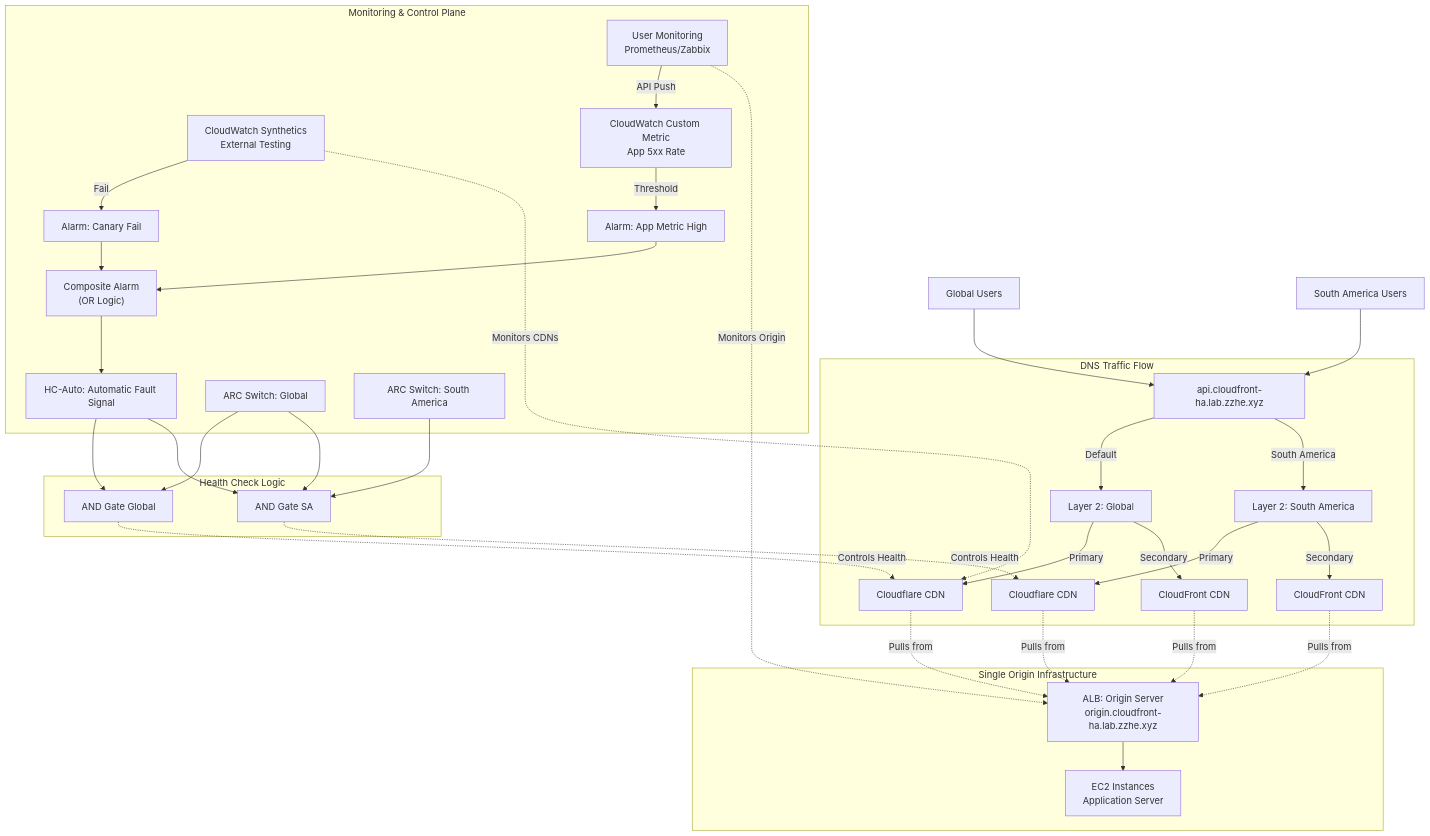
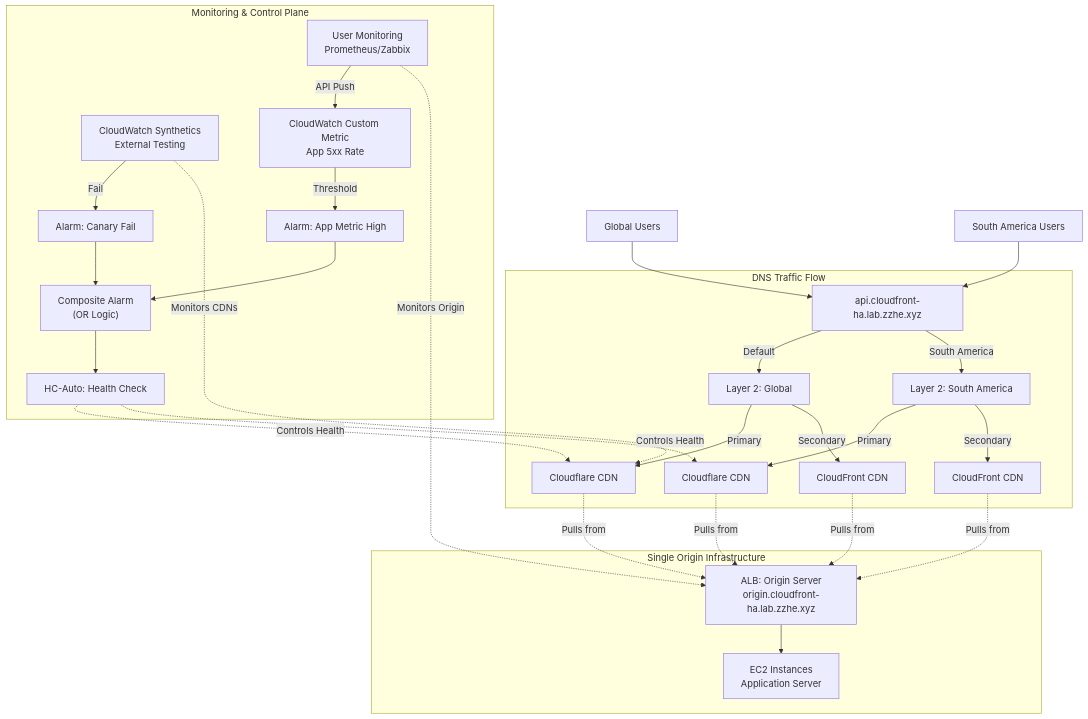
The diagram in README.md (zhang1980s/aws-multi-cdn-control-lab), drawn with Mermaid before and after one commit. The commit also changed other lines of this file and 2 other files, not shown here.

First line of the commit message:
Remove ARC dependencies: Simplify architecture to use Route 53 Health Checks only

````diff
--- a/README.md
+++ b/README.md
@@ -67,64 +39,52 @@
 ```mermaid
 graph TD
     UserGlobal[Global Users]
     UserSA[South America Users]
 
     UserGlobal --> R53_Entry
     UserSA --> R53_Entry
 
     subgraph DNS["DNS Traffic Flow"]
         R53_Entry["api.cloudfront-ha.lab.zzhe.xyz"] -->|Default| R53_Global["Layer 2: Global"]
         R53_Entry -->|South America| R53_SA["Layer 2: South America"]
 
         R53_Global -->|Primary| CF_Global[Cloudflare CDN]
         R53_Global -->|Secondary| AWS_Global[CloudFront CDN]
 
         R53_SA -->|Primary| CF_SA[Cloudflare CDN]
         R53_SA -->|Secondary| AWS_SA[CloudFront CDN]
     end
 
     subgraph Origin["Single Origin Infrastructure"]
         ALB_Origin["ALB: Origin Server<br/>origin.cloudfront-ha.lab.zzhe.xyz"]
         EC2_Origin["EC2 Instances<br/>Application Server"]
 
         ALB_Origin --> EC2_Origin
     end
 
     subgraph Monitor["Monitoring & Control Plane"]
         CW_Canary["CloudWatch Synthetics<br/>External Testing"] -->|Fail| Alarm_AWS["Alarm: Canary Fail"]
 
         User_Sys["User Monitoring<br/>Prometheus/Zabbix"] -->|API Push| CW_Metric["CloudWatch Custom Metric<br/>App 5xx Rate"]
         CW_Metric -->|Threshold| Alarm_User["Alarm: App Metric High"]
 
         Alarm_AWS --> Composite_Alarm["Composite Alarm<br/>(OR Logic)"]
         Alarm_User --> Composite_Alarm
 
-        Composite_Alarm --> HC_Auto["HC-Auto: Automatic Fault Signal"]
-
-        ARC_Global["ARC Switch: Global"]
-        ARC_SA["ARC Switch: South America"]
-    end
-
-    subgraph Logic["Health Check Logic"]
-        HC_Auto --> Calc_G["AND Gate Global"]
-        ARC_Global --> Calc_G
-
-        HC_Auto --> Calc_SA["AND Gate SA"]
-        ARC_Global --> Calc_SA
-        ARC_SA --> Calc_SA
+        Composite_Alarm --> HC_Auto["HC-Auto: Health Check"]
     end
 
     %% Both CDNs pull from single origin
     CF_Global -.->|Pulls from| ALB_Origin
     AWS_Global -.->|Pulls from| ALB_Origin
     CF_SA -.->|Pulls from| ALB_Origin
     AWS_SA -.->|Pulls from| ALB_Origin
 
-    %% Health checks monitor CDN availability (not origin)
-    Calc_G -.->|Controls Health| CF_Global
-    Calc_SA -.->|Controls Health| CF_SA
+    %% Health check directly controls CDN routing
+    HC_Auto -.->|Controls Health| CF_Global
+    HC_Auto -.->|Controls Health| CF_SA
 
     %% Origin monitoring (single origin)
     CW_Canary -.->|Monitors CDNs| CF_Global
     User_Sys -.->|Monitors Origin| ALB_Origin
 ```
````
